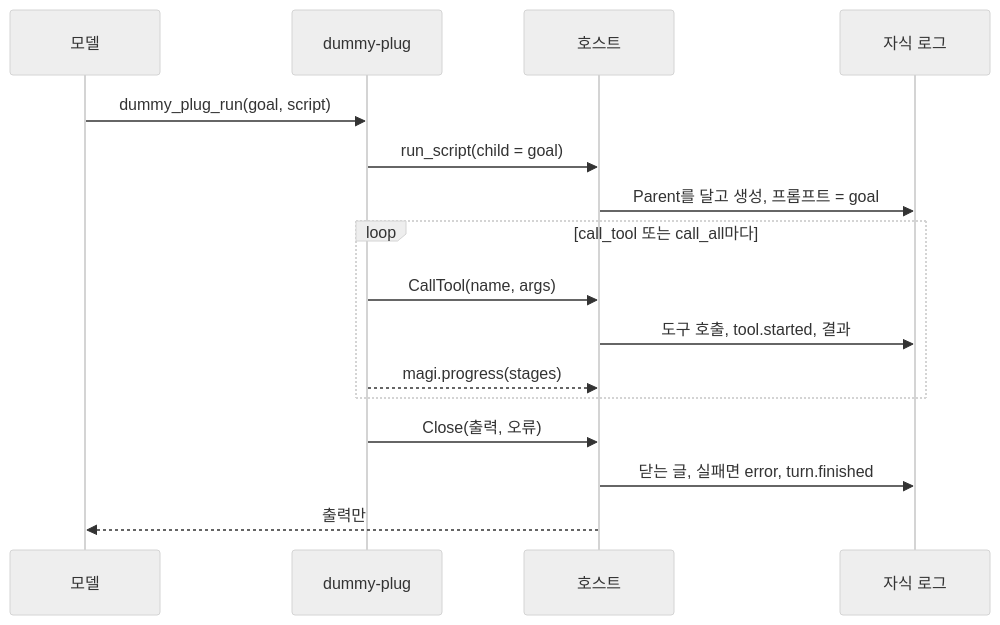
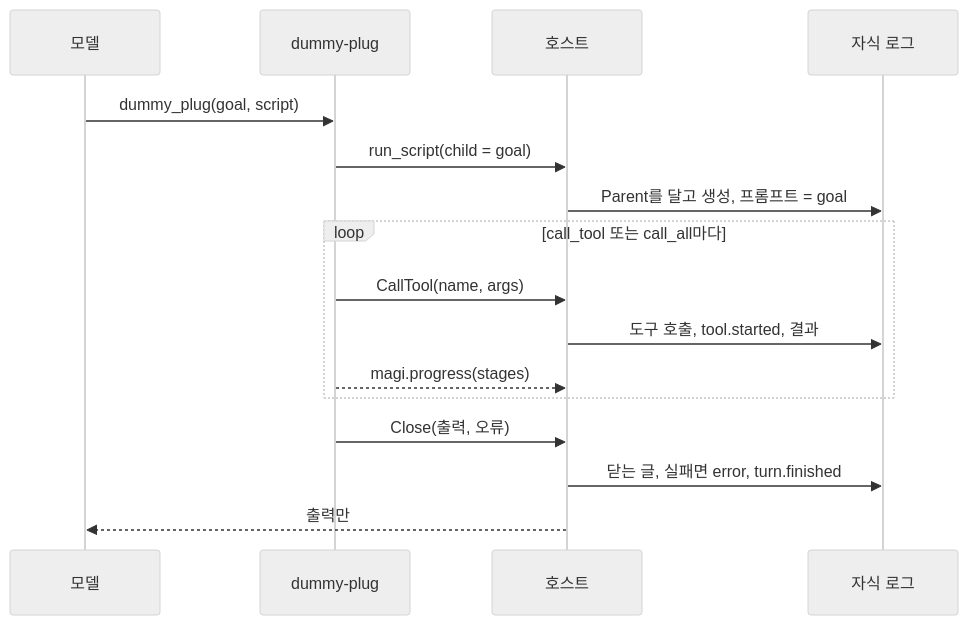
The second of 2 diagrams in docs/DUMMY_PLUG.ko.md (sayaya1090/magi), drawn with Mermaid (neutral theme) before and after one commit. The commit also changed other lines of this file and 13 other files, not shown here.

First line of the commit message:
Dummy plug: call the tool dummy_plug, not dummy_plug_run

````diff
--- a/docs/DUMMY_PLUG.ko.md
+++ b/docs/DUMMY_PLUG.ko.md
@@ -55,18 +55,18 @@
 ```mermaid
 sequenceDiagram
   participant Model as 모델
   participant Plug as dummy-plug
   participant Host as 호스트
   participant Child as 자식 로그
-  Model->>Plug: dummy_plug_run(goal, script)
+  Model->>Plug: dummy_plug(goal, script)
   Plug->>Host: run_script(child = goal)
   Host->>Child: Parent를 달고 생성, 프롬프트 = goal
   loop call_tool 또는 call_all마다
     Plug->>Host: CallTool(name, args)
     Host->>Child: 도구 호출, tool.started, 결과
     Plug-->>Host: magi.progress(stages)
   end
   Plug->>Host: Close(출력, 오류)
   Host->>Child: 닫는 글, 실패면 error, turn.finished
   Host-->>Model: 출력만
 ```
````
